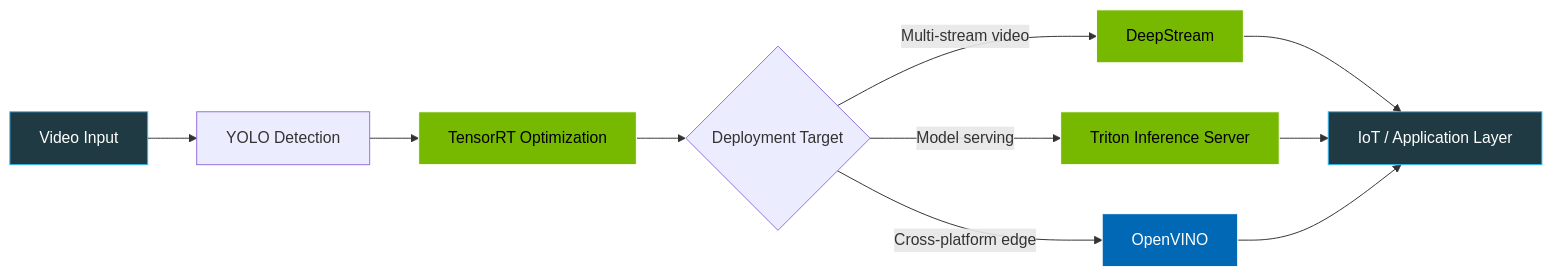
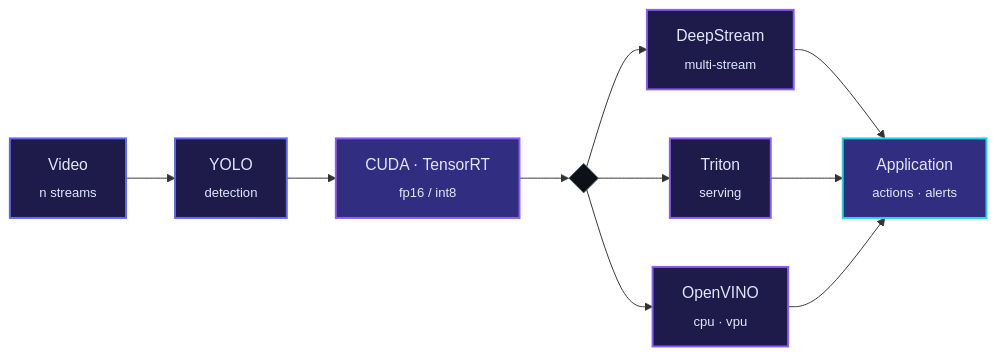
One commit to rugvedjalit/rugvedjalit changed the diagram in README.md. Above: the diagram before and after it, drawn with Mermaid. The commit also changed other lines of this file, not shown here.

````diff
--- a/README.md
+++ b/README.md
@@ -98,19 +180,21 @@
 ```mermaid
 flowchart LR
-    A[Video Input] --> B[YOLO Detection]
-    B --> C[TensorRT Optimization]
-    C --> D{Deployment Target}
-    D -->|Multi-stream video| E[DeepStream]
-    D -->|Model serving| F[Triton Inference Server]
-    D -->|Cross-platform edge| G[OpenVINO]
-    E --> H[IoT / Application Layer]
+    A["Video<br/><sub>n streams</sub>"] --> B["YOLO<br/><sub>detection</sub>"]
+    B --> C["CUDA · TensorRT<br/><sub>fp16 / int8</sub>"]
+    C --> D{" "}
+    D --> E["DeepStream<br/><sub>multi-stream</sub>"]
+    D --> F["Triton<br/><sub>serving</sub>"]
+    D --> G["OpenVINO<br/><sub>cpu · vpu</sub>"]
+    E --> H["Application<br/><sub>actions · alerts</sub>"]
     F --> H
     G --> H
 
-    style A fill:#203A43,stroke:#36BCF7,color:#fff
-    style C fill:#76B900,stroke:#fff,color:#000
-    style E fill:#76B900,stroke:#fff,color:#000
-    style F fill:#76B900,stroke:#fff,color:#000
-    style G fill:#0068B5,stroke:#fff,color:#fff
-    style H fill:#203A43,stroke:#36BCF7,color:#fff
+    style A fill:#1E1B4B,stroke:#6366F1,stroke-width:2px,color:#E0E7FF
+    style B fill:#1E1B4B,stroke:#6366F1,stroke-width:2px,color:#E0E7FF
+    style C fill:#312E81,stroke:#8B5CF6,stroke-width:2px,color:#E0E7FF
+    style D fill:#0D1117,stroke:#475569,stroke-width:1px,color:#94A3B8
+    style E fill:#1E1B4B,stroke:#8B5CF6,stroke-width:2px,color:#E0E7FF
+    style F fill:#1E1B4B,stroke:#8B5CF6,stroke-width:2px,color:#E0E7FF
+    style G fill:#1E1B4B,stroke:#8B5CF6,stroke-width:2px,color:#E0E7FF
+    style H fill:#312E81,stroke:#22D3EE,stroke-width:2px,color:#E0E7FF
 ```
````
